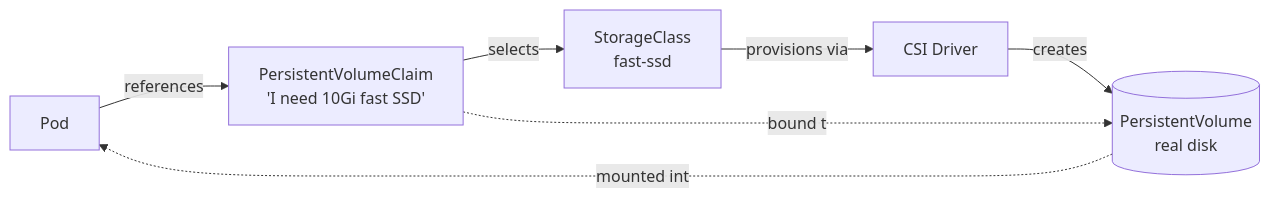
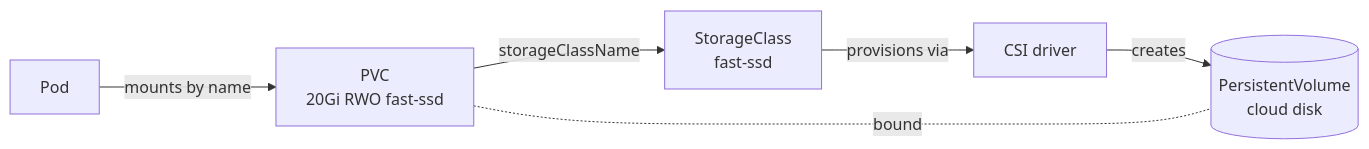
Before and after one commit to AndrewAltimit/Documentation: the third of 4 diagrams in github-pages/docs/technology/kubernetes/workloads.md, drawn with Mermaid. The commit also changed other lines of this file and 240 other files, not shown here.

````diff
--- a/github-pages/docs/technology/kubernetes/workloads.md
+++ b/github-pages/docs/technology/kubernetes/workloads.md
@@ -31,9 +246,8 @@
 ```mermaid
 flowchart LR
-    Pod[Pod] -->|references| PVC[PersistentVolumeClaim<br/>'I need 10Gi fast SSD']
-    PVC -->|selects| SC[StorageClass<br/>fast-ssd]
-    SC -->|provisions via| CSI[CSI Driver]
-    CSI -->|creates| PV[(PersistentVolume<br/>real disk)]
-    PVC -.bound to.-> PV
-    PV -.mounted into.-> Pod
+    Pod[Pod] -->|mounts by name| PVC["PVC<br/>20Gi RWO fast-ssd"]
+    PVC -->|storageClassName| SC["StorageClass<br/>fast-ssd"]
+    SC -->|provisions via| CSI[CSI driver]
+    CSI -->|creates| PV[("PersistentVolume<br/>cloud disk")]
+    PVC -.-|bound| PV
 ```
````
